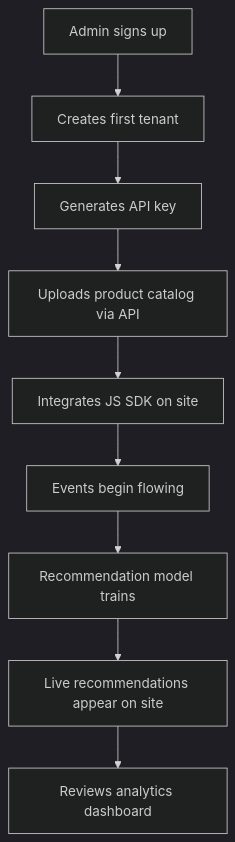
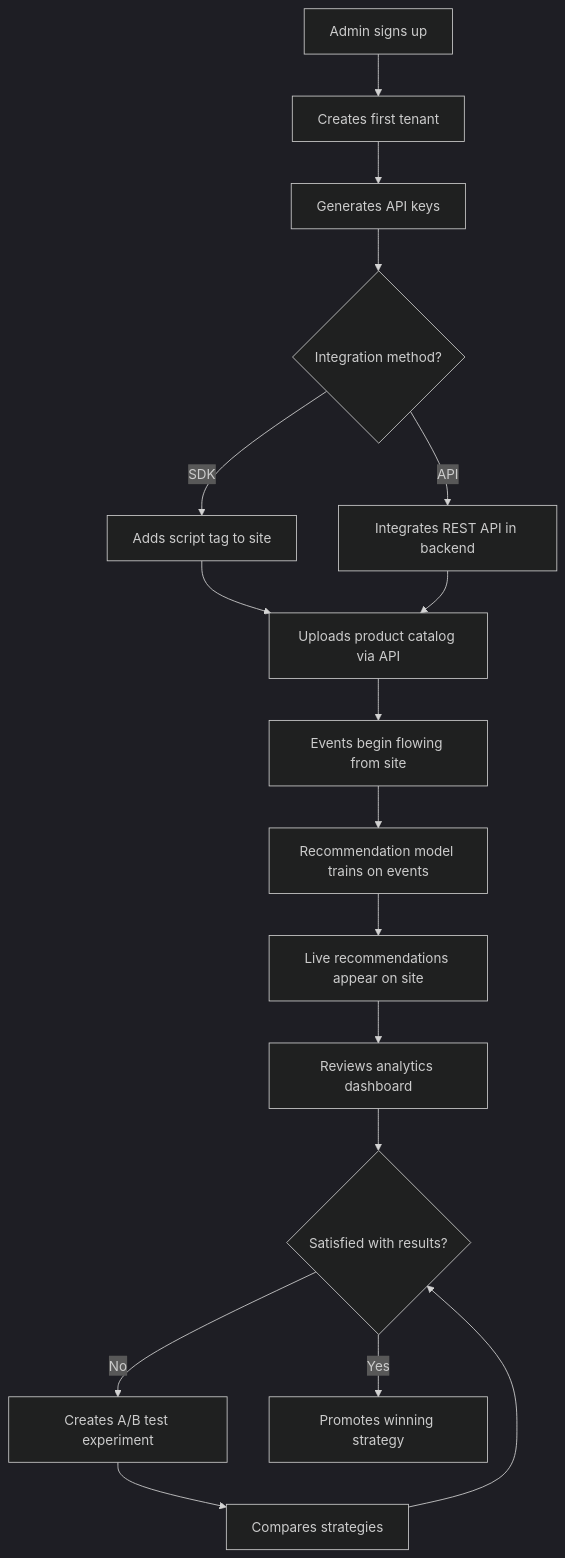
The third of 8 diagrams in products/recomengine/docs/PRD.md (Tamoura/Claude-Code-creates-the-SW-company), drawn with Mermaid (dark theme) before and after one commit. The commit also changed other lines of this file and 2 other files, not shown here.

````diff
--- a/products/recomengine/docs/PRD.md
+++ b/products/recomengine/docs/PRD.md
@@ -210,11 +472,19 @@
 ```mermaid
 flowchart TD
     A[Admin signs up] --> B[Creates first tenant]
-    B --> C[Generates API key]
-    C --> D[Uploads product catalog via API]
-    D --> E[Integrates JS SDK on site]
-    E --> F[Events begin flowing]
-    F --> G[Recommendation model trains]
-    G --> H[Live recommendations appear on site]
-    H --> I[Reviews analytics dashboard]
+    B --> C[Generates API keys]
+    C --> D{Integration method?}
+    D -->|SDK| E[Adds script tag to site]
+    D -->|API| F[Integrates REST API in backend]
+    E --> G[Uploads product catalog via API]
+    F --> G
+    G --> H[Events begin flowing from site]
+    H --> I[Recommendation model trains on events]
+    I --> J[Live recommendations appear on site]
+    J --> K[Reviews analytics dashboard]
+    K --> L{Satisfied with results?}
+    L -->|No| M[Creates A/B test experiment]
+    M --> N[Compares strategies]
+    N --> L
+    L -->|Yes| O[Promotes winning strategy]
 ```
````
